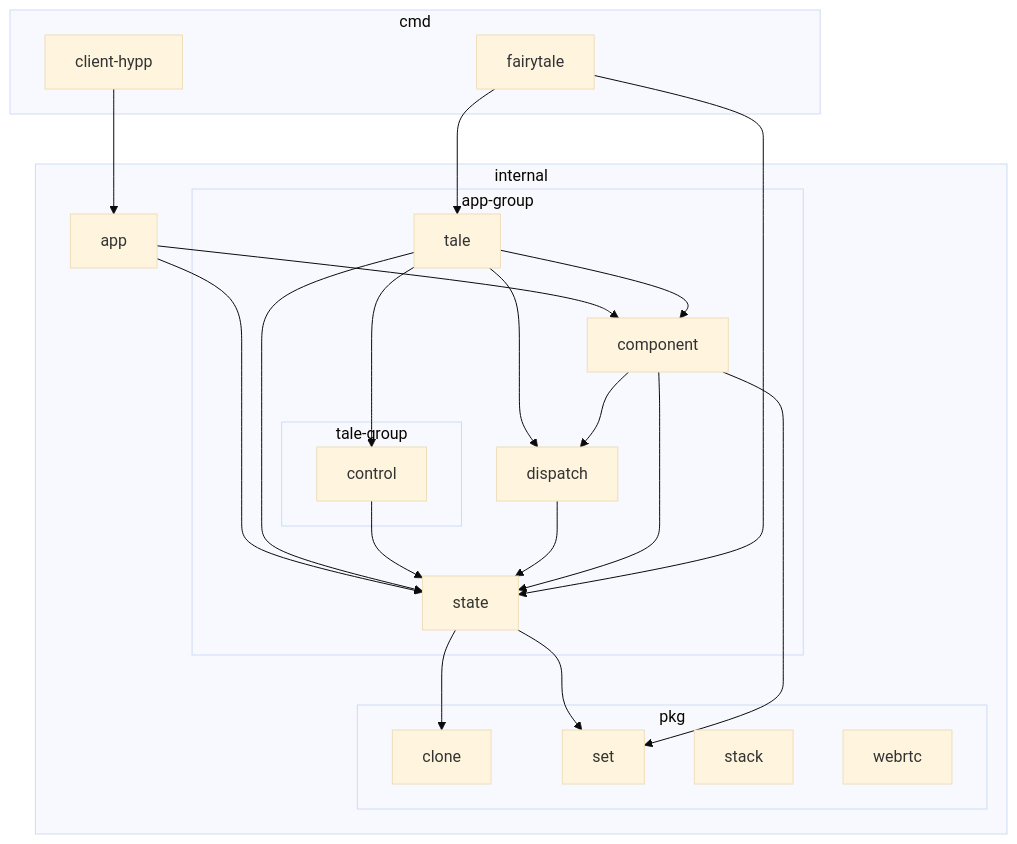
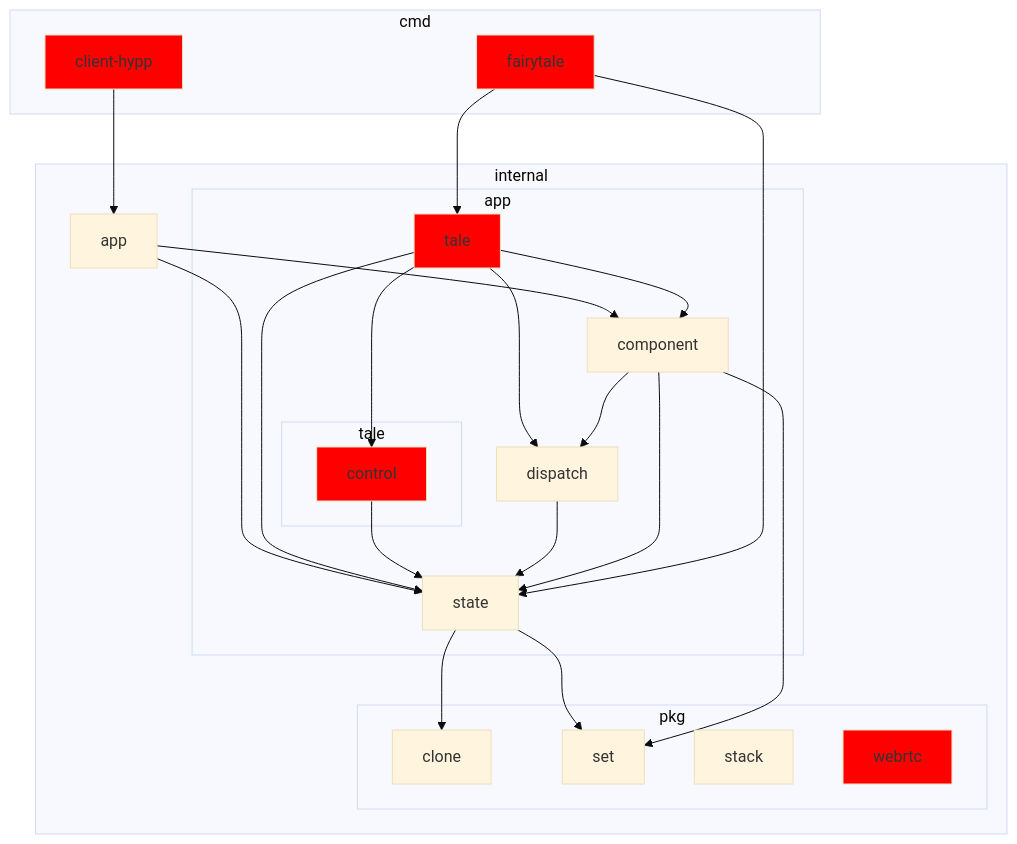
The diagram in README.md (macabot/senet), drawn with Mermaid (base theme) before and after one commit. The commit also changed other lines of this file and 6 other files, not shown here.

````diff
--- a/README.md
+++ b/README.md
@@ -54,54 +56,57 @@
 ```mermaid
 flowchart TD
 
 subgraph cmd
     client-hypp
     fairytale
 end
 
 subgraph internal
     app
 
-    subgraph app-group
+    subgraph app-group["app"]
         component
         dispatch
         state
         tale
 
-        subgraph tale-group
+        subgraph tale-group["tale"]
             control
         end
     end
 
     subgraph pkg
         clone
         set
         stack
         webrtc
     end
 end
 
 client-hypp --> app
 
 fairytale --> state
 fairytale --> tale
 
 component --> state
 component --> set
 component --> dispatch
 
 dispatch --> state
 
 state --> clone
 state --> set
 
 control --> state
 
 tale --> component
 tale --> state
 tale --> control
 tale --> dispatch
 
 app --> component
 app --> state
+
+classDef syscallJS fill:#f00;
+class client-hypp,fairytale,tale,control,webrtc syscallJS;
 ```
````
